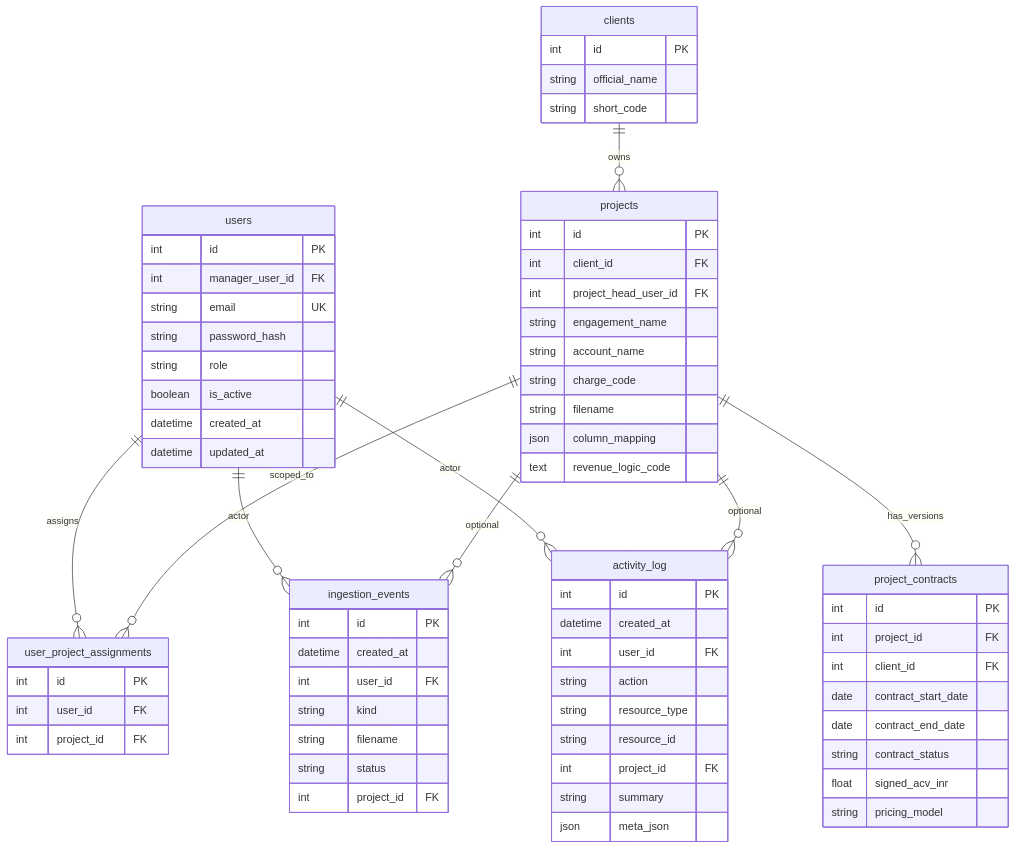
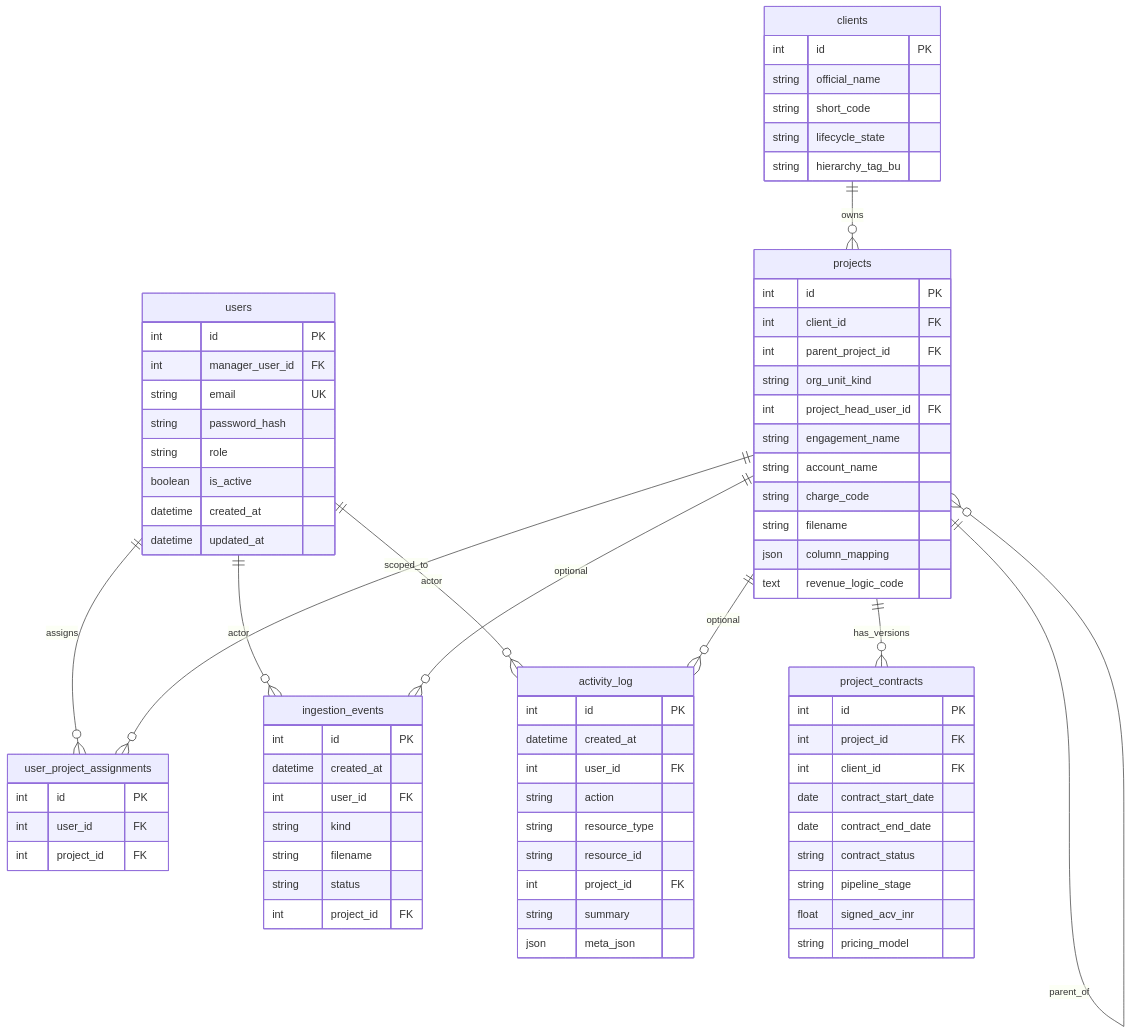
The first of 5 diagrams in DATABASE_SCHEMA.md (abhijeet42cy6/taggd), drawn with Mermaid before and after one commit. The commit also changed other lines of this file and 38 other files, not shown here.

```diff
--- a/DATABASE_SCHEMA.md
+++ b/DATABASE_SCHEMA.md
@@ -503,6 +538,7 @@
     users ||--o{ activity_log : actor
     projects ||--o{ activity_log : optional
     clients ||--o{ projects : owns
+    projects ||--o{ projects : parent_of
     projects ||--o{ project_contracts : has_versions
 
     users {
@@ -548,11 +584,15 @@
         int id PK
         string official_name
         string short_code
+        string lifecycle_state
+        string hierarchy_tag_bu
     }
 
     projects {
         int id PK
         int client_id FK
+        int parent_project_id FK
+        string org_unit_kind
         int project_head_user_id FK
         string engagement_name
         string account_name
@@ -569,6 +609,7 @@
         date contract_start_date
         date contract_end_date
         string contract_status
+        string pipeline_stage
         float signed_acv_inr
         string pricing_model
     }
```
